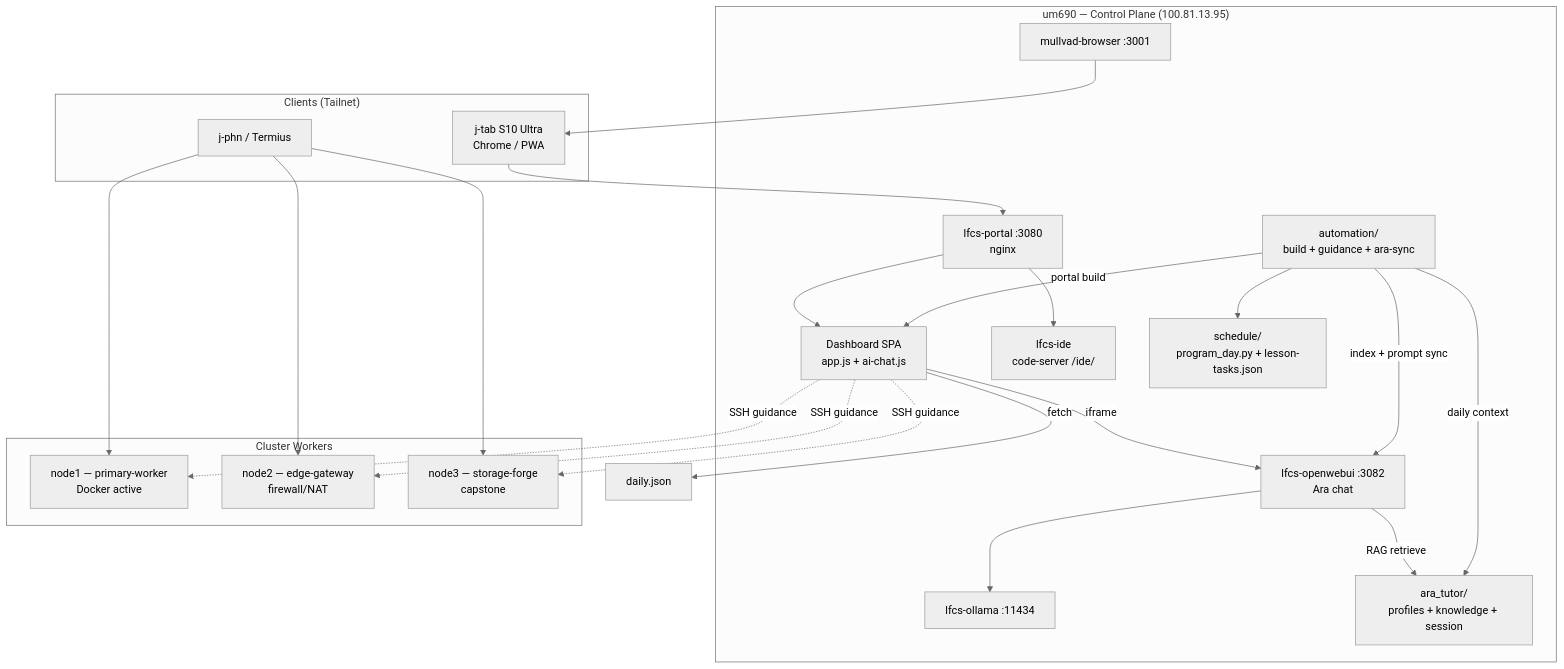
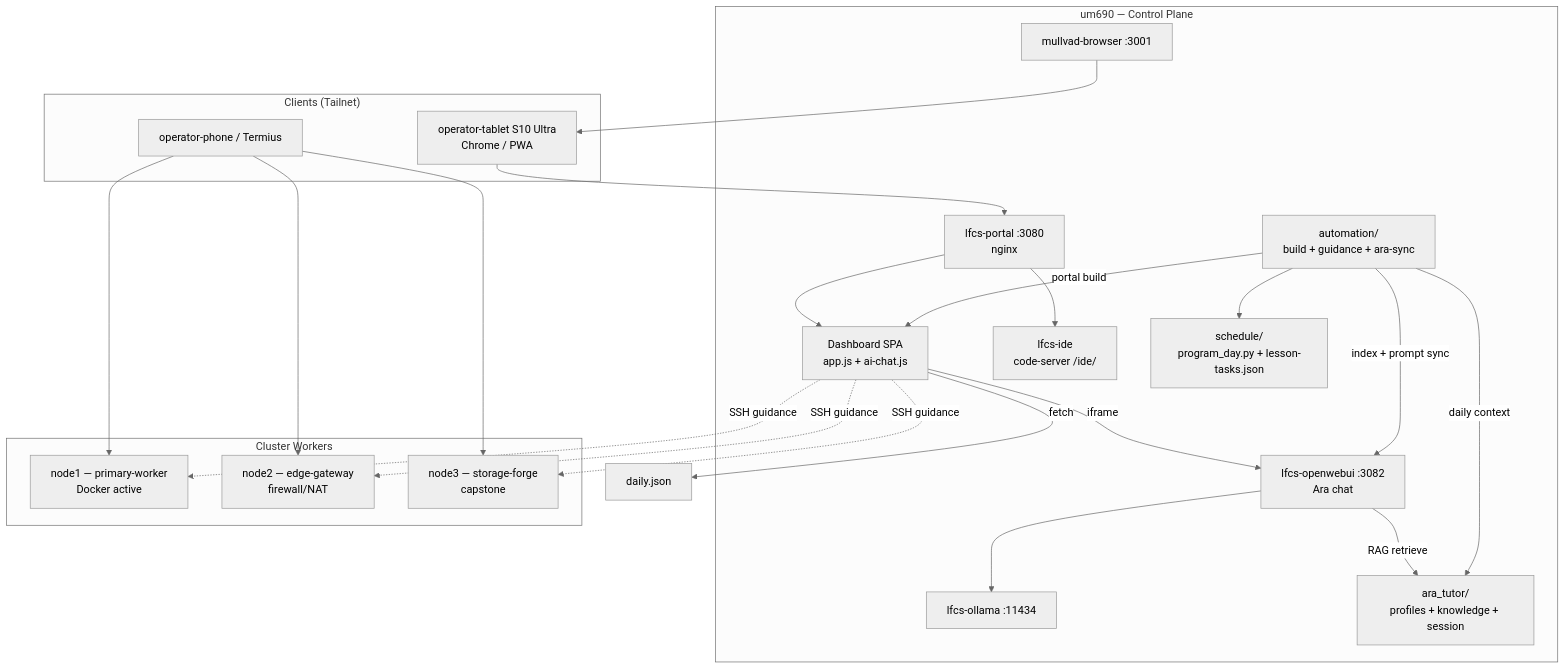
One commit to DestroyTheKraken/aide-os changed the third of 5 diagrams in guides/AIOS_SYSTEM_DESIGN.md. Above: the diagram before and after it, drawn with Mermaid (neutral theme). The commit also changed other lines of this file and 29 other files, not shown here.

````diff
--- a/guides/AIOS_SYSTEM_DESIGN.md
+++ b/guides/AIOS_SYSTEM_DESIGN.md
@@ -201,40 +204,40 @@
 ```mermaid
 flowchart TB
     subgraph clients["Clients (Tailnet)"]
-        TAB["j-tab S10 Ultra<br/>Chrome / PWA"]
-        PHONE["j-phn / Termius"]
+        TAB["operator-tablet S10 Ultra<br/>Chrome / PWA"]
+        PHONE["operator-phone / Termius"]
     end
 
-    subgraph um690["um690 — Control Plane (100.81.13.95)"]
+    subgraph um690["um690 — Control Plane"]
         NGINX["lfcs-portal :3080<br/>nginx"]
         DASH["Dashboard SPA<br/>app.js + ai-chat.js"]
         IDE["lfcs-ide<br/>code-server /ide/"]
         OWUI["lfcs-openwebui :3082<br/>Ara chat"]
         OLLAMA["lfcs-ollama :11434"]
         BROWSER["mullvad-browser :3001"]
         AUTO["automation/<br/>build + guidance + ara-sync"]
         KB["ara_tutor/<br/>profiles + knowledge + session"]
         SCHED["schedule/<br/>program_day.py + lesson-tasks.json"]
     end
 
     subgraph workers["Cluster Workers"]
         N1["node1 — primary-worker<br/>Docker active"]
         N2["node2 — edge-gateway<br/>firewall/NAT"]
         N3["node3 — storage-forge<br/>capstone"]
     end
 
     TAB --> NGINX
     PHONE --> N1 & N2 & N3
     NGINX --> DASH
     NGINX --> IDE
     DASH -->|iframe| OWUI
     OWUI --> OLLAMA
     OWUI -->|RAG retrieve| KB
     AUTO --> SCHED
     AUTO -->|portal build| DASH
     AUTO -->|index + prompt sync| OWUI
     AUTO -->|daily context| KB
     DASH -->|fetch| daily.json
     BROWSER --> TAB
     DASH -.->|SSH guidance| N1 & N2 & N3
 ```
````
